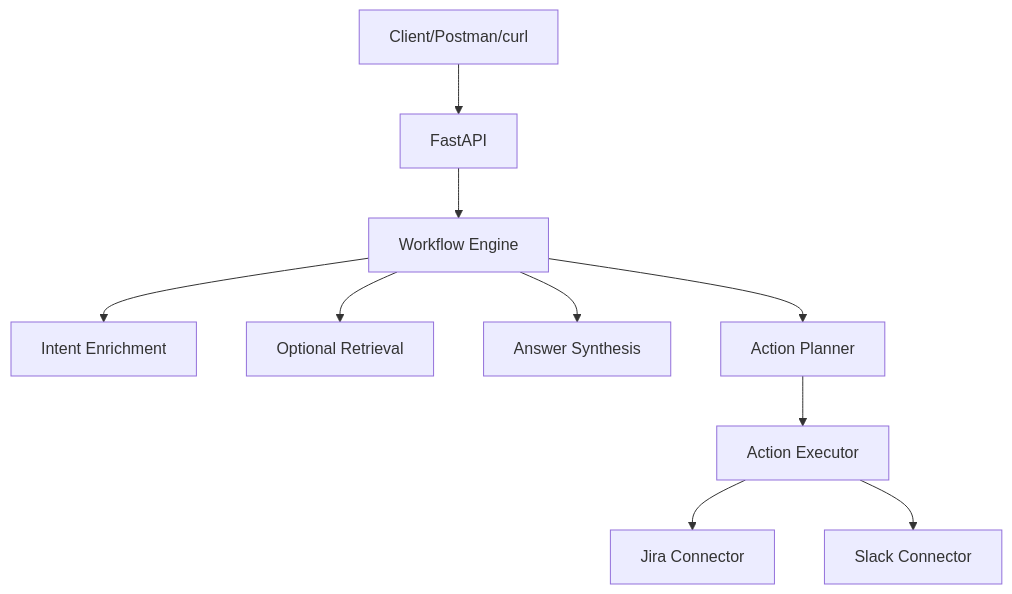
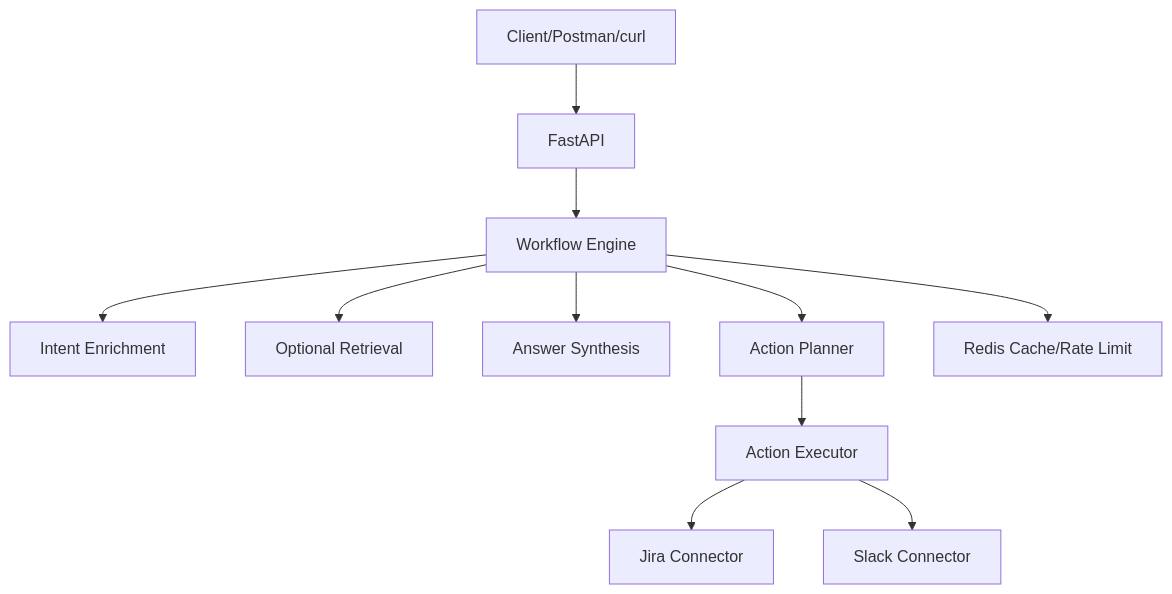
The second of 6 diagrams in docs/diagram.md (thanhit08/aiagt-aia), drawn with Mermaid before and after one commit. The commit also changed other lines of this file and 11 other files, not shown here.

Commit message:
Add Redis caching and rate limiting with docker-compose integration

````diff
--- a/docs/diagram.md
+++ b/docs/diagram.md
@@ -19,12 +20,13 @@
 ```mermaid
 flowchart TB
     Client[Client/Postman/curl] --> API[FastAPI]
     API --> Graph[Workflow Engine]
     Graph --> Enrich[Intent Enrichment]
     Graph --> RAG[Optional Retrieval]
     Graph --> Synth[Answer Synthesis]
     Graph --> Planner[Action Planner]
     Planner --> Exec[Action Executor]
+    Graph --> Cache[Redis Cache/Rate Limit]
     Exec --> Jira[Jira Connector]
     Exec --> Slack[Slack Connector]
 ```
````
